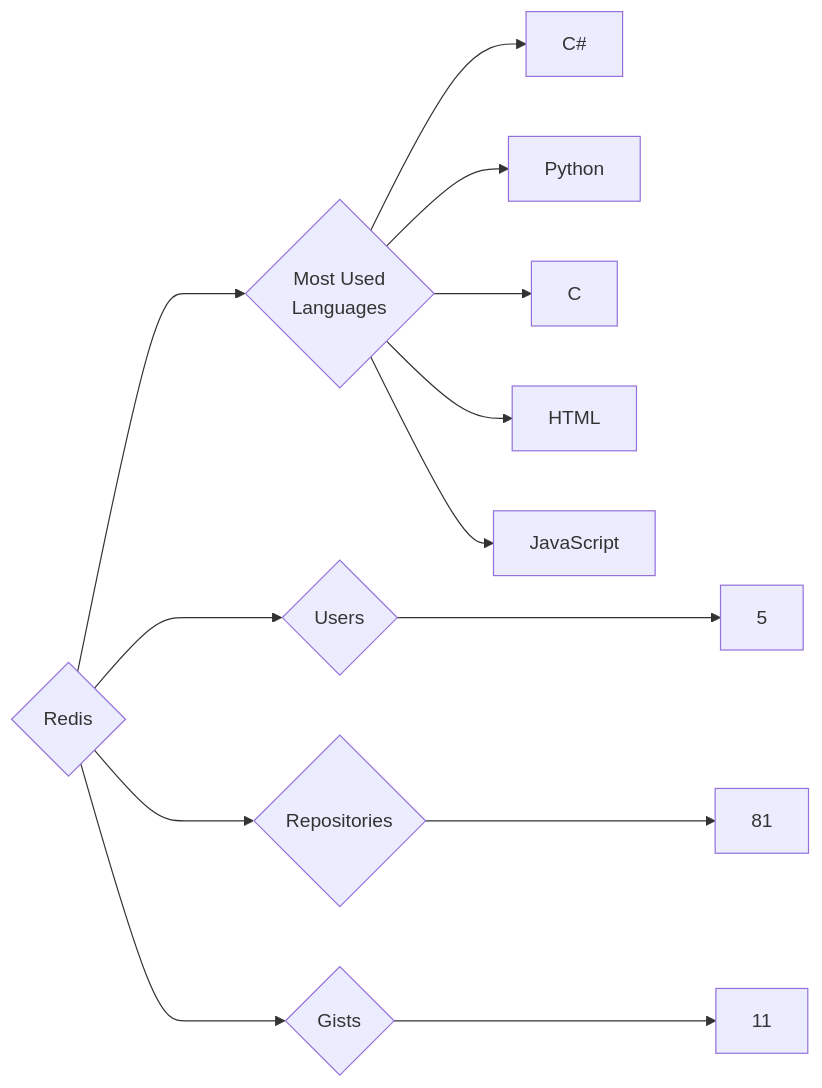
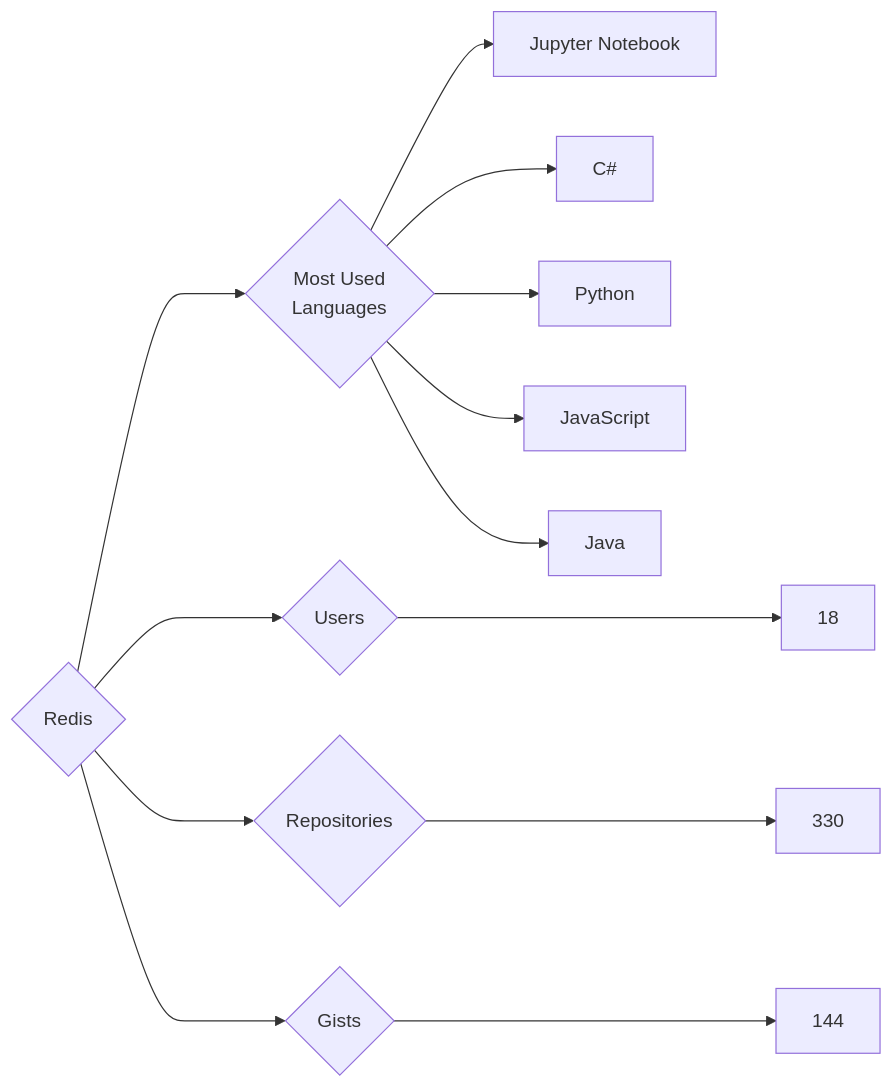
One commit to trickest/insiders changed the diagram in targets/Redis/README.md. Above: the diagram before and after it, drawn with Mermaid. The commit also changed 878 other files, not shown here.

````diff
--- a/targets/Redis/README.md
+++ b/targets/Redis/README.md
@@ -3,13 +3,13 @@
 ```mermaid
 graph LR
 COMPANY_NAME{Redis}
-COMPANY_NAME ---> U{Users} ---> UN[5]
-COMPANY_NAME ---> R{Repositories} ---> RN[81]
-COMPANY_NAME ---> G{Gists} ---> GN[11]
+COMPANY_NAME ---> U{Users} ---> UN[18]
+COMPANY_NAME ---> R{Repositories} ---> RN[330]
+COMPANY_NAME ---> G{Gists} ---> GN[144]
 COMPANY_NAME ---> ML{Most Used<br>Languages}
+ML --> Jupyter_Notebook[Jupyter Notebook]
 ML --> C#[C#]
 ML --> Python[Python]
-ML --> C[C]
-ML --> HTML[HTML]
 ML --> JavaScript[JavaScript]
+ML --> Java[Java]
 ```
````
